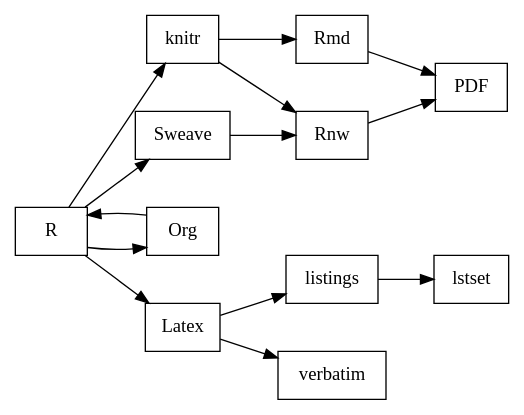
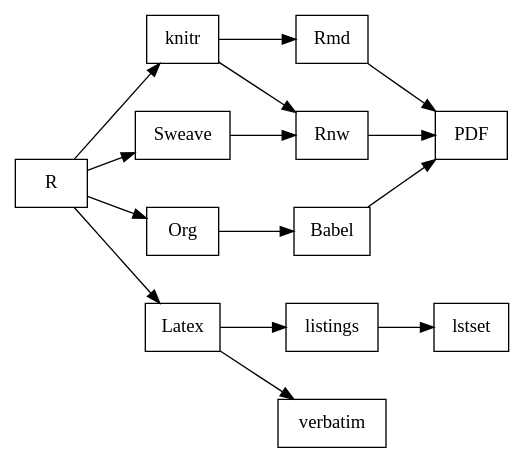
Before and after one commit to bwtian/learnRviaCode: the diagram in R/R2Tex.org, drawn with Graphviz. The commit also changed other lines of this file and 1 other file, not shown here.

Commit message:
- ‘R/.#R2Tex.org’ / ‘R/R2Tex.org’

```diff
--- a/R/R2Tex.org
+++ b/R/R2Tex.org
@@ -4,22 +4,22 @@
 #+BEGIN_SRC dot :file ./r2tex.svg
 digraph {
 rankdir=LR;
 fontname="Times";
 fontsize = 12;
 splines = false;
 ranksep = 0.5;
 nodesep = 0.5;
 node [shape = box]
 //1. set node
 R [label = "R"]
 
 //2. set path
 R -> knitr -> Rmd -> PDF
 knitr -> Rnw -> PDF
 R -> Sweave -> Rnw
-R -> Org ->
+R -> Org -> Babel -> PDF
 R -> Latex -> listings -> lstset
 Latex -> verbatim
 //3. set rank
 }
 #+END_SRC
```
